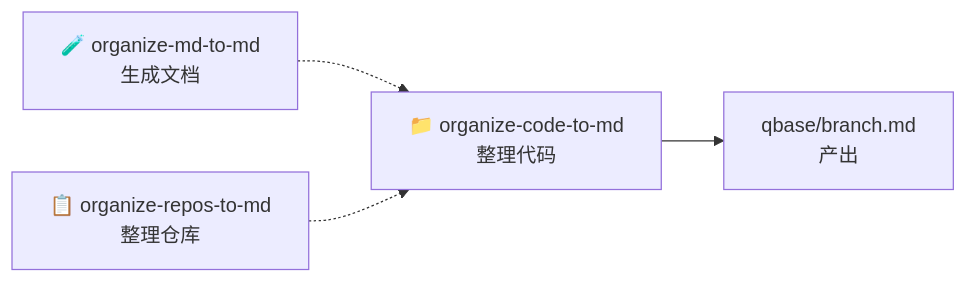
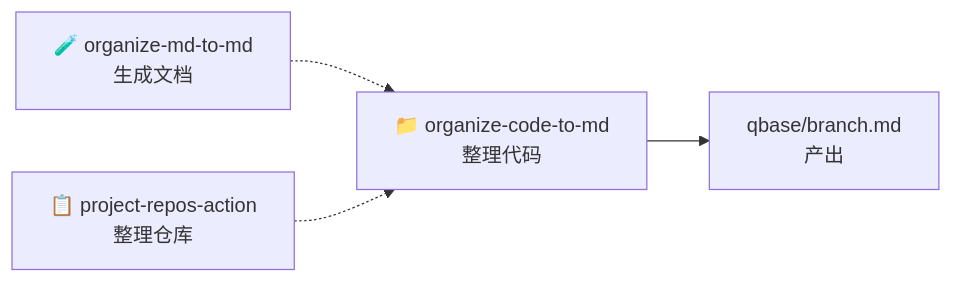
One commit to dvlproad/AI-qskills changed the second of 5 diagrams in README.md. Above: the diagram before and after it, drawn with Mermaid. The commit also changed other lines of this file and 14 other files, not shown here.

Commit message:
organize-repos-to-md					→ project-repos-action pod-action							→ project-pods-action normalize-podspec-option2-project_list	→ project-repos-with-pods-draw

````diff
--- a/README.md
+++ b/README.md
@@ -32,6 +32,6 @@
 ```mermaid
 graph LR
     A[📁 organize-code-to-md<br/>整理代码] --> B[qbase/branch.md<br/>产出]
     C[🧪 organize-md-to-md<br/>生成文档] -.-> A
-    D[📋 organize-repos-to-md<br/>整理仓库] -.-> A
+    D[📋 project-repos-action<br/>整理仓库] -.-> A
 ```
````
